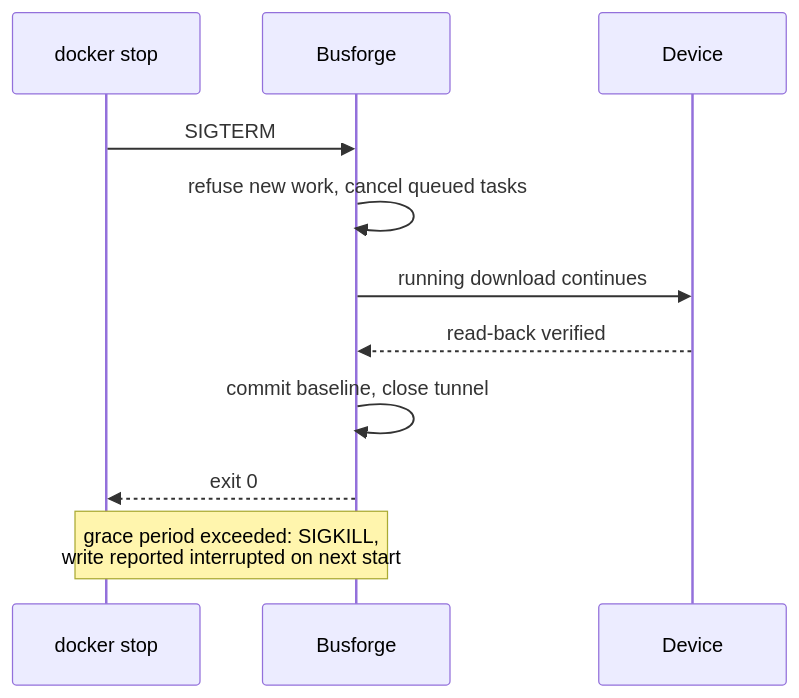
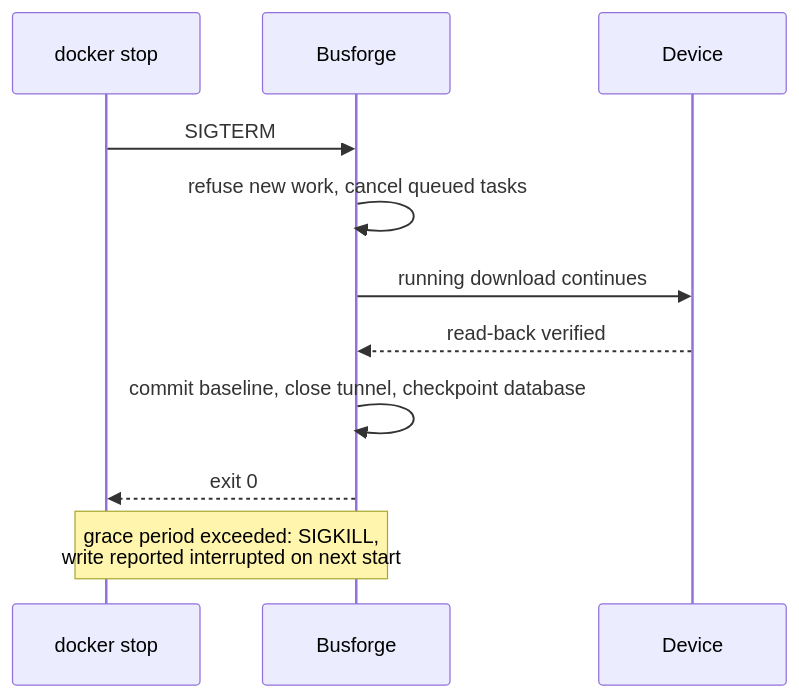
One commit to busforge/busforge changed the diagram in docs/deployment.md. Above: the diagram before and after it, drawn with Mermaid. The commit also changed other lines of this file and 4 other files, not shown here.

Commit message:
Checkpoint the database on every exit through a signal, a failed shutdown step included, and back up and restore the container by its own name and image

````diff
--- a/docs/deployment.md
+++ b/docs/deployment.md
@@ -131,13 +134,13 @@
 ```mermaid
 sequenceDiagram
   participant D as docker stop
   participant S as Busforge
   participant Dev as Device
   D->>S: SIGTERM
   S->>S: refuse new work, cancel queued tasks
   S->>Dev: running download continues
   Dev-->>S: read-back verified
-  S->>S: commit baseline, close tunnel
+  S->>S: commit baseline, close tunnel, checkpoint database
   S-->>D: exit 0
   Note over D,S: grace period exceeded: SIGKILL,<br/>write reported interrupted on next start
 ```
````
